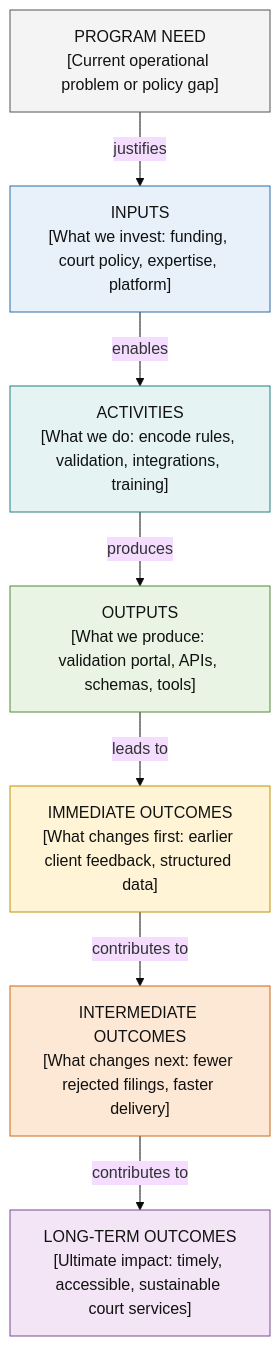
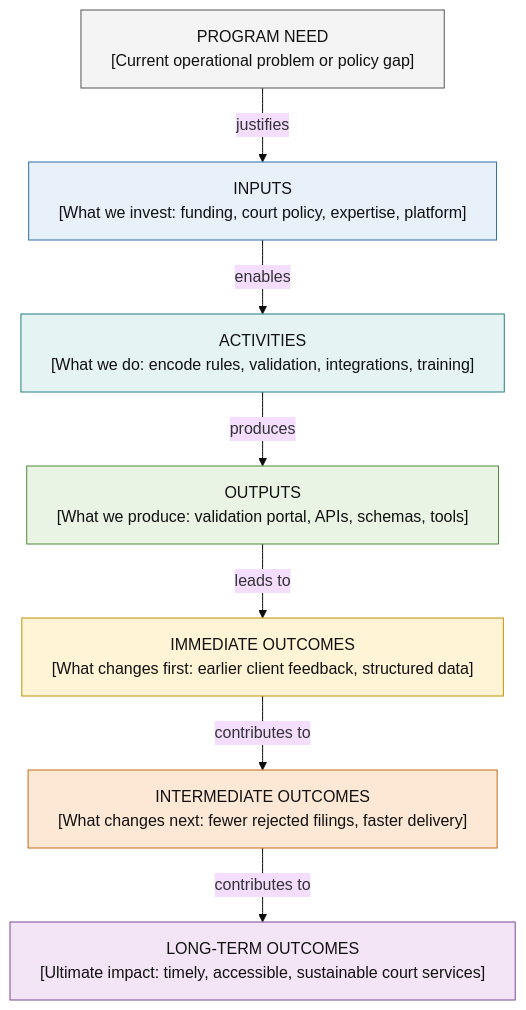
One commit to bcgov/strategic-planning-workbench changed the diagram in plugins/strategic-planning/.apm/skills/designing-logic-models/assets/templates/logic-model-template.md. Above: the diagram before and after it, drawn with Mermaid (base theme). The commit also changed 3 other files, not shown here.

Commit message:
fix(mermaid): expand node box widths using wrappingWidth and minNodeWidth directives

````diff
--- a/plugins/strategic-planning/.apm/skills/designing-logic-models/assets/templates/logic-model-template.md
+++ b/plugins/strategic-planning/.apm/skills/designing-logic-models/assets/templates/logic-model-template.md
@@ -21,34 +21,35 @@
 ```mermaid
+%%{init: {"flowchart": {"wrappingWidth": 450, "minNodeWidth": 350}} }%%
 flowchart TB
 
 N["PROGRAM NEED<br/>[Current operational problem or policy gap]"]
 I["INPUTS<br/>[What we invest: funding, court policy, expertise, platform]"]
 A["ACTIVITIES<br/>[What we do: encode rules, validation, integrations, training]"]
 O["OUTPUTS<br/>[What we produce: validation portal, APIs, schemas, tools]"]
 IO["IMMEDIATE OUTCOMES<br/>[What changes first: earlier client feedback, structured data]"]
 MO["INTERMEDIATE OUTCOMES<br/>[What changes next: fewer rejected filings, faster delivery]"]
 LO["LONG-TERM OUTCOMES<br/>[Ultimate impact: timely, accessible, sustainable court services]"]
 
 N -->|"justifies"| I
 I -->|"enables"| A
 A -->|"produces"| O
 O -->|"leads to"| IO
 IO -->|"contributes to"| MO
 MO -->|"contributes to"| LO
 
 classDef need fill:#F4F4F4,stroke:#555,color:#111
 classDef input fill:#E8F1FA,stroke:#2B6EA6,color:#111
 classDef activity fill:#E5F3F3,stroke:#258080,color:#111
 classDef output fill:#E9F4E4,stroke:#518A3A,color:#111
 classDef immediate fill:#FFF4D6,stroke:#C49102,color:#111
 classDef intermediate fill:#FCE8D5,stroke:#C76B19,color:#111
 classDef longterm fill:#F3E5F5,stroke:#7B4B94,color:#111
 
 class N need
 class I input
 class A activity
 class O output
 class IO immediate
 class MO intermediate
 class LO longterm
 ```
````
